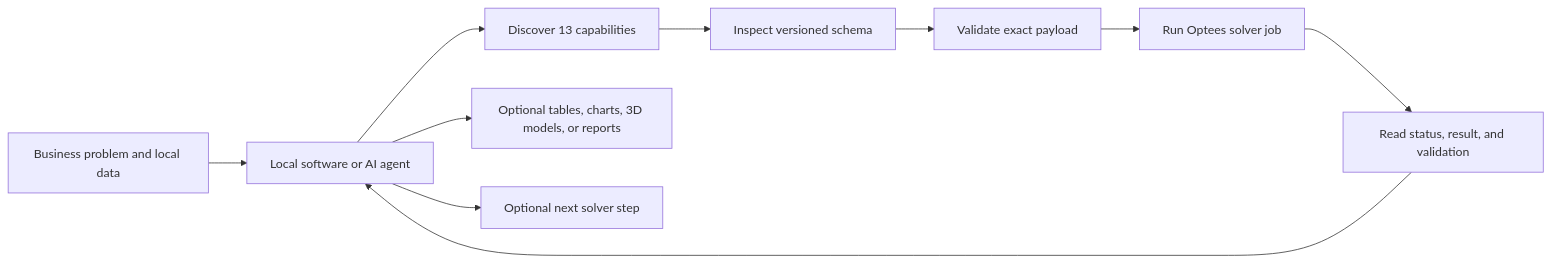
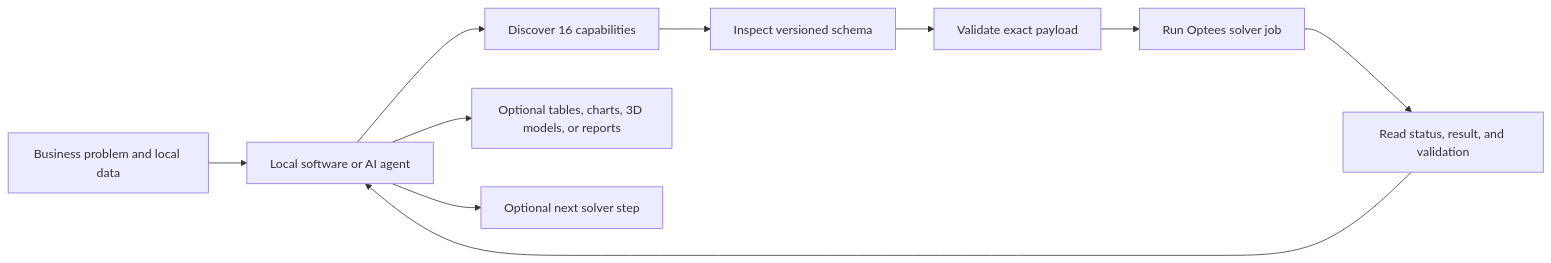
Before and after one commit to Pablo-gitub/optees: the diagram in README.md, drawn with Mermaid. The commit also changed other lines of this file and 10 other files, not shown here.

````diff
--- a/README.md
+++ b/README.md
@@ -48,12 +48,12 @@
 ```mermaid
 flowchart LR
     User["Business problem and local data"] --> Agent["Local software or AI agent"]
-    Agent --> Discover["Discover 13 capabilities"]
+    Agent --> Discover["Discover 16 capabilities"]
     Discover --> Inspect["Inspect versioned schema"]
     Inspect --> Validate["Validate exact payload"]
     Validate --> Solve["Run Optees solver job"]
     Solve --> Verify["Read status, result, and validation"]
     Verify --> Agent
     Agent --> Artifacts["Optional tables, charts, 3D models, or reports"]
     Agent --> Next["Optional next solver step"]
 ```
````
